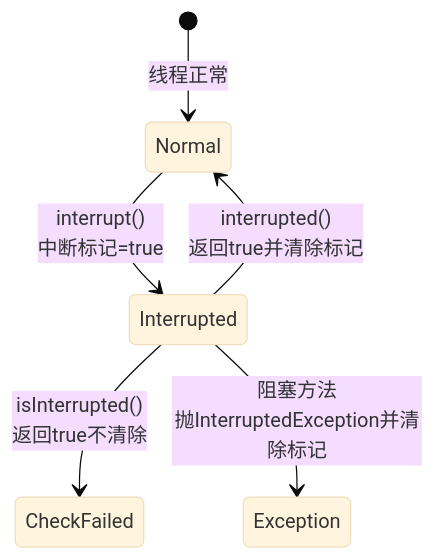
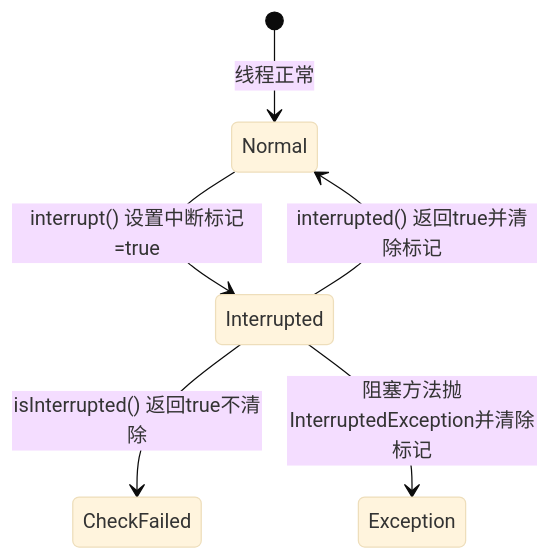
The second of 7 diagrams in Java/Java关闭线程的方式详解.md (mansteinr/note-book), drawn with Mermaid (base theme) before and after one commit. The commit also changed other lines of this file, not shown here.

````diff
--- a/Java/Java关闭线程的方式详解.md
+++ b/Java/Java关闭线程的方式详解.md
@@ -283,8 +306,8 @@
 ```mermaid
 stateDiagram-v2
     [*] --> Normal: 线程正常
-    Normal --> Interrupted: interrupt()<br/>中断标记=true
-    Interrupted --> Normal: interrupted()<br/>返回true并清除标记
-    Interrupted --> CheckFailed: isInterrupted()<br/>返回true不清除
-    Interrupted --> Exception: 阻塞方法<br/>抛InterruptedException并清除标记
+    Normal --> Interrupted: interrupt() 设置中断标记=true
+    Interrupted --> Normal: interrupted() 返回true并清除标记
+    Interrupted --> CheckFailed: isInterrupted() 返回true不清除
+    Interrupted --> Exception: 阻塞方法抛InterruptedException并清除标记
 ```
````
